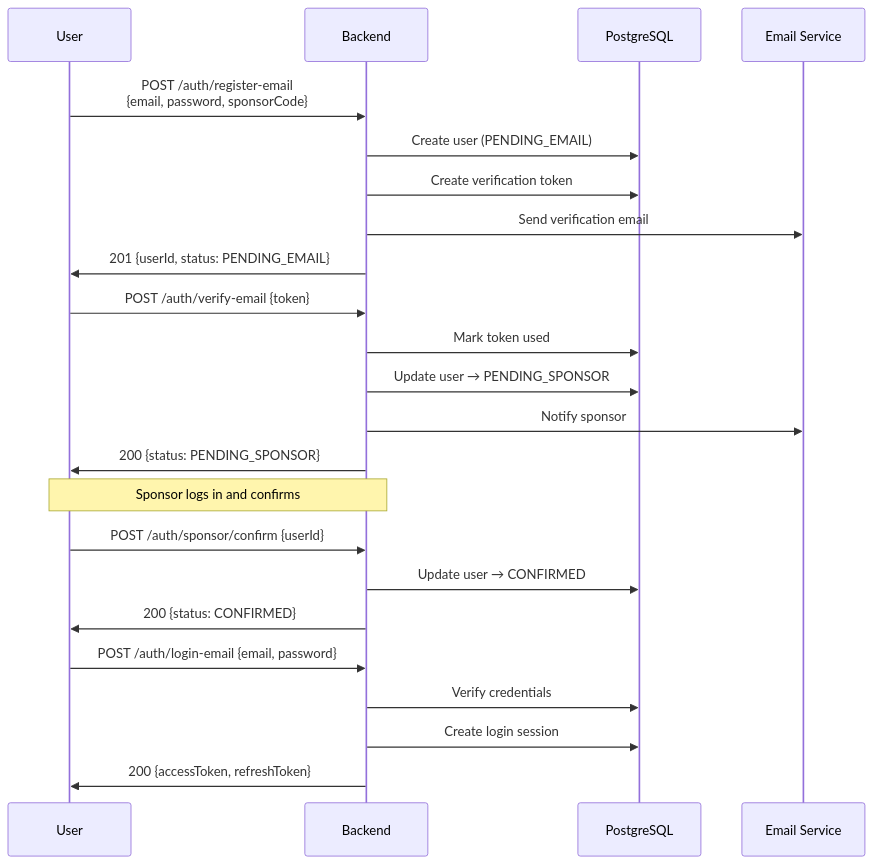
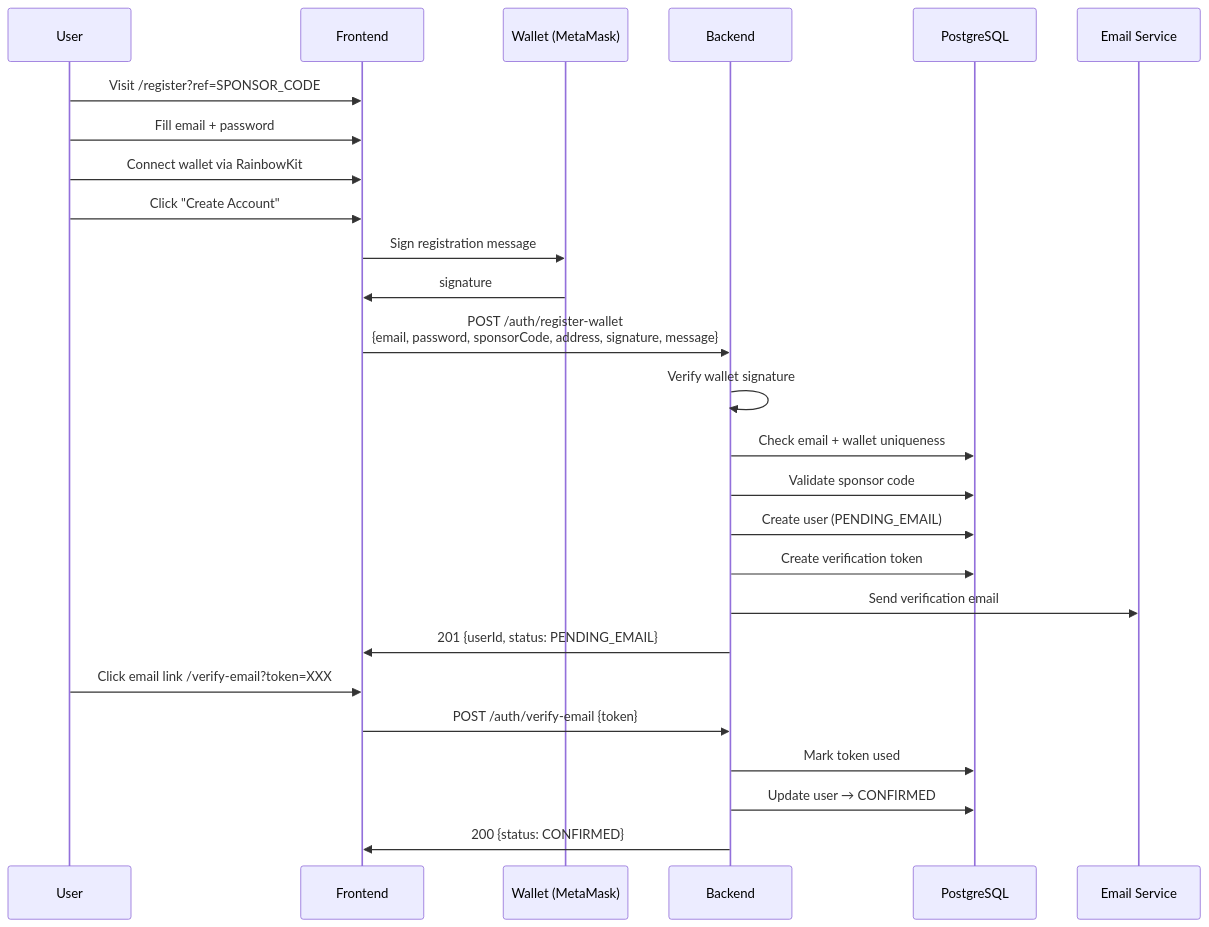
One commit to rastaaashu/bitton-contracts changed the first of 6 diagrams in docs/DIAGRAMS.md. Above: the diagram before and after it, drawn with Mermaid. The commit also changed other lines of this file and 70 other files, not shown here.

First line of the commit message:
Add frontend + auth overhaul: wallet signature mandatory for register/login

````diff
--- a/docs/DIAGRAMS.md
+++ b/docs/DIAGRAMS.md
@@ -5,30 +5,32 @@
 ```mermaid
 sequenceDiagram
     participant U as User
+    participant F as Frontend
+    participant W as Wallet (MetaMask)
     participant B as Backend
     participant DB as PostgreSQL
     participant E as Email Service
 
-    U->>B: POST /auth/register-email<br/>{email, password, sponsorCode}
+    U->>F: Visit /register?ref=SPONSOR_CODE
+    U->>F: Fill email + password
+    U->>F: Connect wallet via RainbowKit
+    U->>F: Click "Create Account"
+
+    F->>W: Sign registration message
+    W->>F: signature
+
+    F->>B: POST /auth/register-wallet<br/>{email, password, sponsorCode, address, signature, message}
+    B->>B: Verify wallet signature
+    B->>DB: Check email + wallet uniqueness
+    B->>DB: Validate sponsor code
     B->>DB: Create user (PENDING_EMAIL)
     B->>DB: Create verification token
     B->>E: Send verification email
-    B->>U: 201 {userId, status: PENDING_EMAIL}
+    B->>F: 201 {userId, status: PENDING_EMAIL}
 
-    U->>B: POST /auth/verify-email {token}
+    U->>F: Click email link /verify-email?token=XXX
+    F->>B: POST /auth/verify-email {token}
     B->>DB: Mark token used
-    B->>DB: Update user → PENDING_SPONSOR
-    B->>E: Notify sponsor
-    B->>U: 200 {status: PENDING_SPONSOR}
-
-    Note over U,B: Sponsor logs in and confirms
-
-    U->>B: POST /auth/sponsor/confirm {userId}
     B->>DB: Update user → CONFIRMED
-    B->>U: 200 {status: CONFIRMED}
-
-    U->>B: POST /auth/login-email {email, password}
-    B->>DB: Verify credentials
-    B->>DB: Create login session
-    B->>U: 200 {accessToken, refreshToken}
+    B->>F: 200 {status: CONFIRMED}
 ```
````
